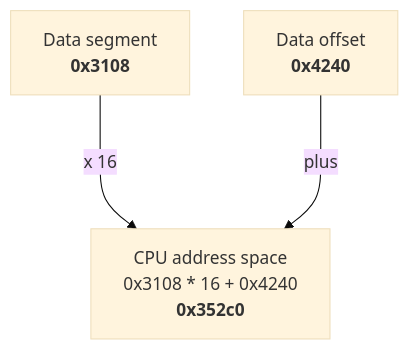
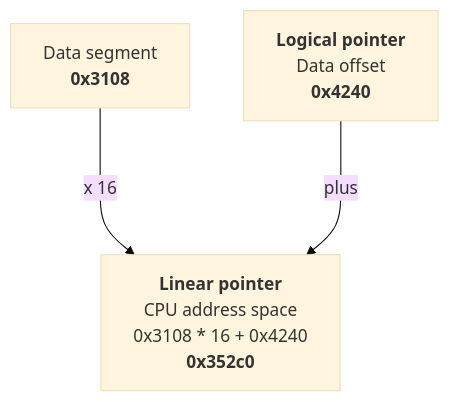
The first of 2 diagrams in docs/tutorial/hardware-overview.md (Alto-27/target-wswan-guide), drawn with Mermaid (base theme) before and after one commit. The commit also changed other lines of this file and 3 other files, not shown here.

Commit message:
use logical/linear/physical pointer terminology, add memory management section

````diff
--- a/docs/tutorial/hardware-overview.md
+++ b/docs/tutorial/hardware-overview.md
@@ -30,6 +30,6 @@
 ``` mermaid
 graph TD
 A[Data segment<br><b>0x3108</b>] --->|x 16| C
-B[Data offset<br><b>0x4240</b>] --->|plus| C
-C[CPU address space<br>0x3108 * 16 + 0x4240<br><b>0x352c0</b>]
+B[<b>Logical pointer</b><br>Data offset<br><b>0x4240</b>] --->|plus| C
+C[<b>Linear pointer</b><br>CPU address space<br>0x3108 * 16 + 0x4240<br><b>0x352c0</b>]
 ```
````
